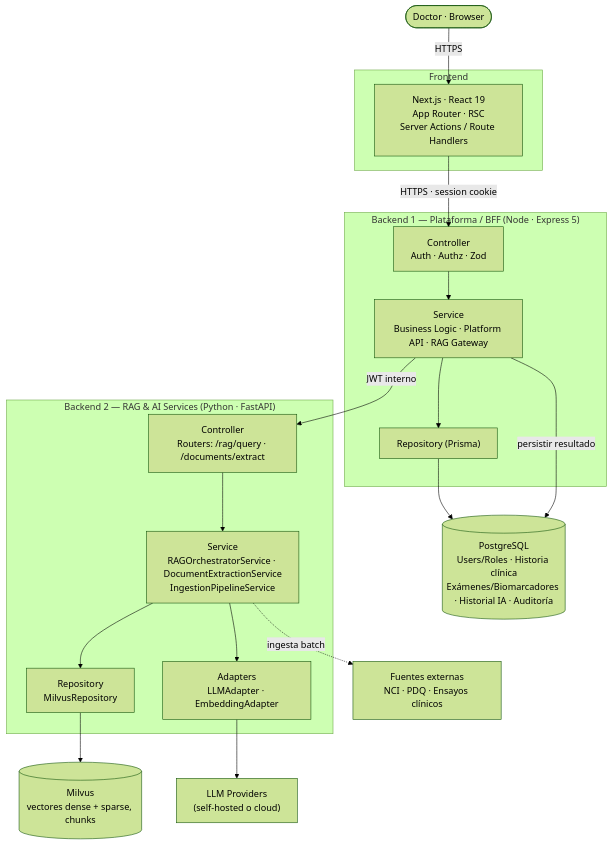
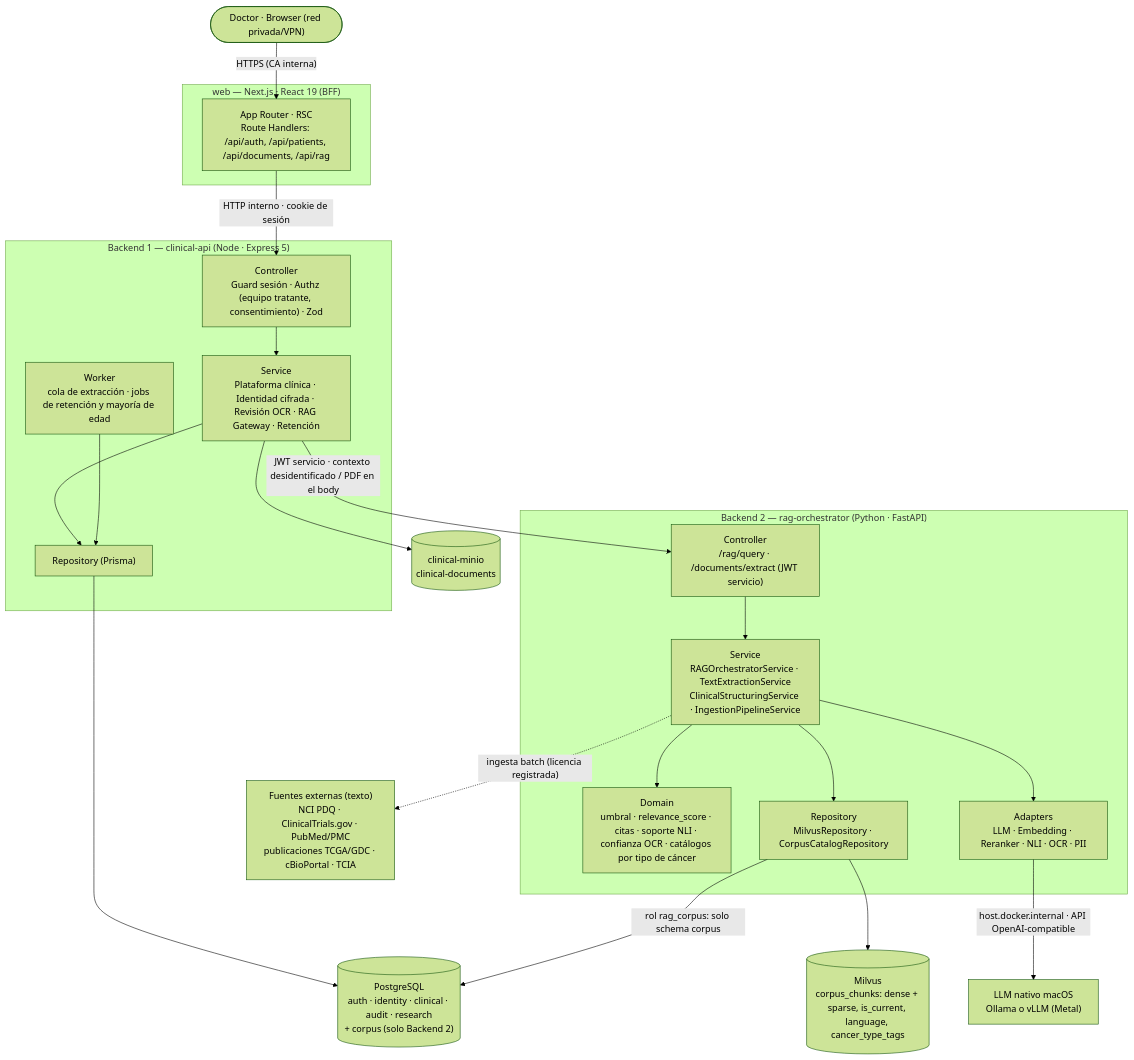
One commit to hatrickmario/OncoLens-Lab changed the first of 7 diagrams in readme.md. Above: the diagram before and after it, drawn with Mermaid (forest theme). The commit also changed other lines of this file and 2 other files, not shown here.

First line of the commit message:
Actualizar README y diagrama C4, y agregar PRD con las decisiones de la revisión técnica (#1)

````diff
--- a/readme.md
+++ b/readme.md
@@ -137,40 +163,46 @@
 ```mermaid
 flowchart TD
-    Doctor(["Doctor · Browser"])
+    Doctor(["Doctor · Browser (red privada/VPN)"])
 
-    subgraph FE["Frontend"]
-        Next["Next.js · React 19<br/>App Router · RSC<br/>Server Actions / Route Handlers"]
+    subgraph FE["web — Next.js · React 19 (BFF)"]
+        Next["App Router · RSC<br/>Route Handlers: /api/auth, /api/patients, /api/documents, /api/rag"]
     end
 
-    subgraph BE1["Backend 1 — Plataforma / BFF (Node · Express 5)"]
-        C1["Controller<br/>Auth · Authz · Zod"]
-        S1["Service<br/>Business Logic · Platform API · RAG Gateway"]
+    subgraph BE1["Backend 1 — clinical-api (Node · Express 5)"]
+        C1["Controller<br/>Guard sesión · Authz (equipo tratante, consentimiento) · Zod"]
+        S1["Service<br/>Plataforma clínica · Identidad cifrada · Revisión OCR · RAG Gateway · Retención"]
+        W1["Worker<br/>cola de extracción · jobs de retención y mayoría de edad"]
         R1["Repository (Prisma)"]
         C1 --> S1 --> R1
+        W1 --> R1
     end
 
-    PG[("PostgreSQL<br/>Users/Roles · Historia clínica<br/>Exámenes/Biomarcadores · Historial IA · Auditoría")]
+    PG[("PostgreSQL<br/>auth · identity · clinical · audit · research<br/>+ corpus (solo Backend 2)")]
+    CM[("clinical-minio<br/>clinical-documents")]
 
-    subgraph BE2["Backend 2 — RAG & AI Services (Python · FastAPI)"]
-        C2["Controller<br/>Routers: /rag/query · /documents/extract"]
-        S2["Service<br/>RAGOrchestratorService · DocumentExtractionService<br/>IngestionPipelineService"]
-        R2["Repository<br/>MilvusRepository"]
-        A2["Adapters<br/>LLMAdapter · EmbeddingAdapter"]
+    subgraph BE2["Backend 2 — rag-orchestrator (Python · FastAPI)"]
+        C2["Controller<br/>/rag/query · /documents/extract (JWT servicio)"]
+        S2["Service<br/>RAGOrchestratorService · TextExtractionService<br/>ClinicalStructuringService · IngestionPipelineService"]
+        D2["Domain<br/>umbral · relevance_score · citas · soporte NLI · confianza OCR · catálogos por tipo de cáncer"]
+        R2["Repository<br/>MilvusRepository · CorpusCatalogRepository"]
+        A2["Adapters<br/>LLM · Embedding · Reranker · NLI · OCR · PII"]
         C2 --> S2
+        S2 --> D2
         S2 --> R2
         S2 --> A2
     end
 
-    Milvus[("Milvus<br/>vectores dense + sparse, chunks")]
-    LLMP["LLM Providers<br/>(self-hosted o cloud)"]
-    Ext["Fuentes externas<br/>NCI · PDQ · Ensayos clínicos"]
+    Milvus[("Milvus<br/>corpus_chunks: dense + sparse, is_current, language, cancer_type_tags")]
+    LLM["LLM nativo macOS<br/>Ollama o vLLM (Metal)"]
+    Ext["Fuentes externas (texto)<br/>NCI PDQ · ClinicalTrials.gov · PubMed/PMC<br/>publicaciones TCGA/GDC · cBioPortal · TCIA"]
 
-    Doctor -- HTTPS --> Next
-    Next -- "HTTPS · session cookie" --> C1
+    Doctor -- "HTTPS (CA interna)" --> Next
+    Next -- "HTTP interno · cookie de sesión" --> C1
     R1 --> PG
-    S1 -- "JWT interno" --> C2
+    S1 --> CM
+    S1 -- "JWT servicio · contexto desidentificado / PDF en el body" --> C2
     R2 --> Milvus
-    A2 --> LLMP
-    S2 -. ingesta batch .-> Ext
-    S1 -- "persistir resultado" --> PG
+    R2 -- "rol rag_corpus: solo schema corpus" --> PG
+    A2 -- "host.docker.internal · API OpenAI-compatible" --> LLM
+    S2 -. "ingesta batch (licencia registrada)" .-> Ext
 ```
````
